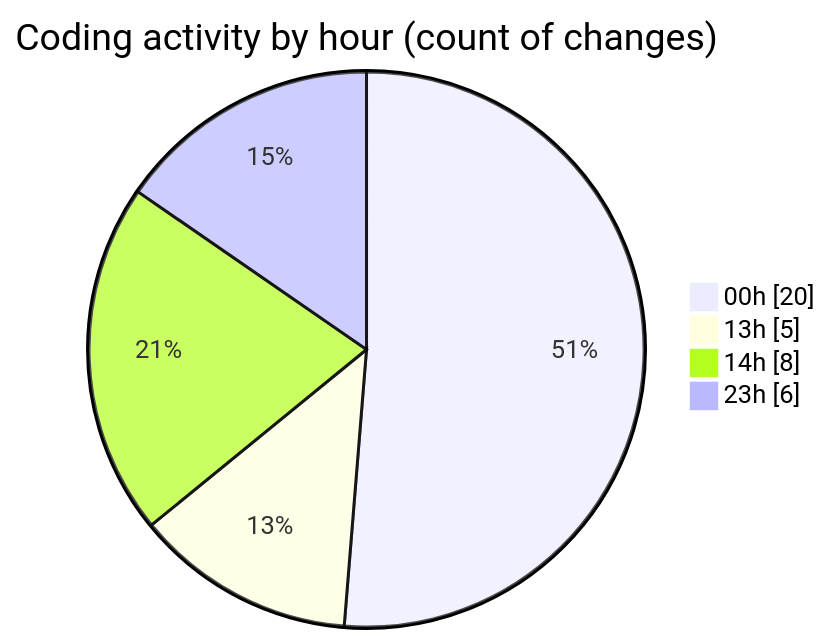
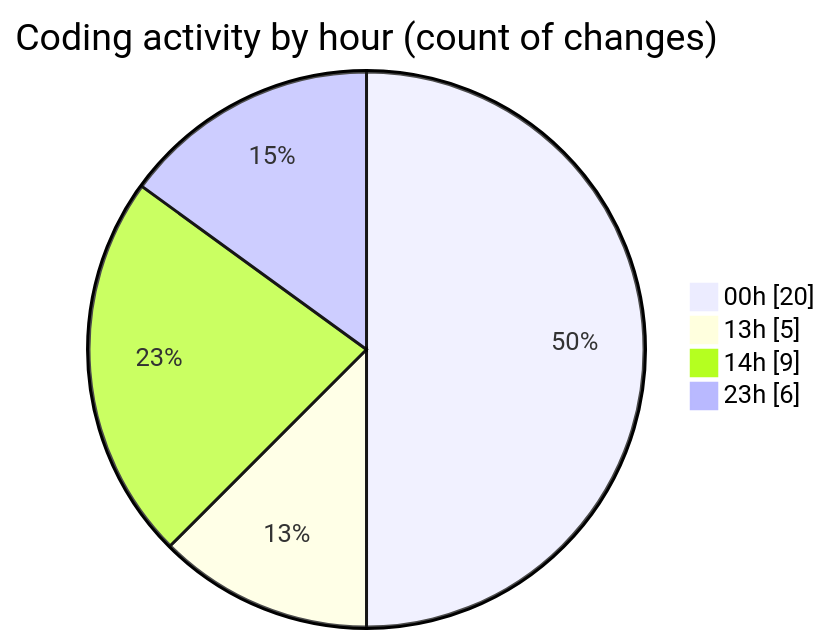
Before and after one commit to MatusMokan/code-tracking: the second of 2 diagrams in 2025-02-26/myws__workspace_/README.md, drawn with Mermaid. The commit also changed other lines of this file and 1 other file, not shown here.

````diff
--- a/2025-02-26/myws__workspace_/README.md
+++ b/2025-02-26/myws__workspace_/README.md
@@ -29,8 +29,8 @@
 ```mermaid
 pie showData
 title Coding activity by hour (count of changes)
 "00h" : 20
 "13h" : 5
-"14h" : 8
+"14h" : 9
 "23h" : 6
 ```
````
